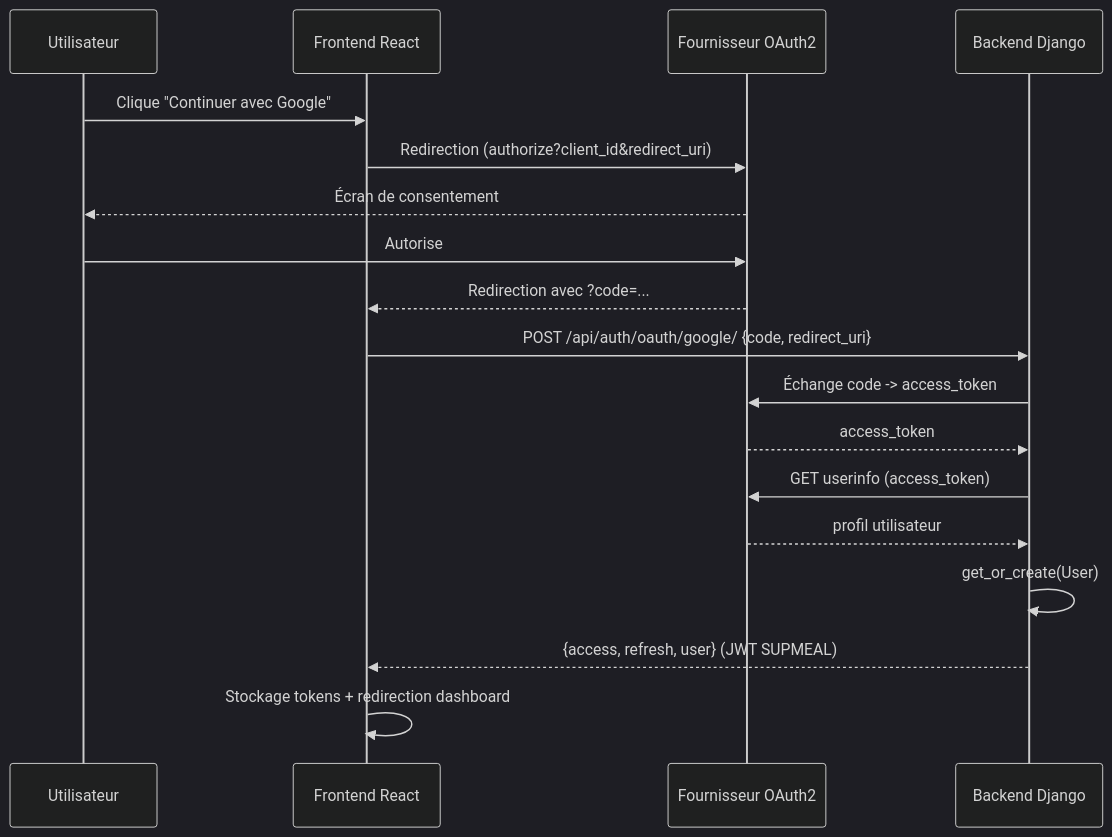
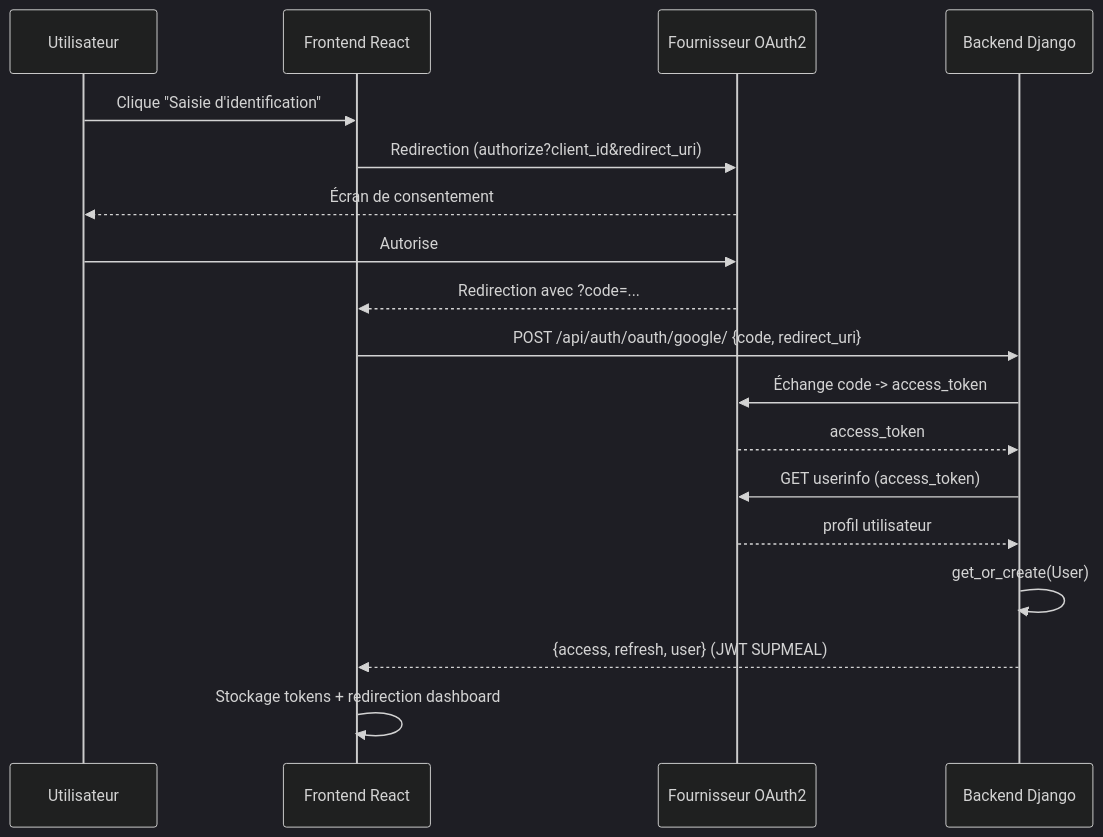
Before and after one commit to seraphingambo697/SUPMAIL: the fourth of 6 diagrams in README.md, drawn with Mermaid (dark theme). The commit also changed 7 other files, not shown here.

Commit message:
Update style form and add mermaid diagram'

````diff
--- a/README.md
+++ b/README.md
@@ -204,21 +204,21 @@
 ```mermaid
 sequenceDiagram
     participant U as Utilisateur
     participant F as Frontend React
     participant P as Fournisseur OAuth2
     participant S as Backend Django
 
-    U->>F: Clique "Continuer avec Google"
+    U->>F: Clique "Saisie d'identification"
     F->>P: Redirection (authorize?client_id&redirect_uri)
     P-->>U: Écran de consentement
     U->>P: Autorise
     P-->>F: Redirection avec ?code=...
     F->>S: POST /api/auth/oauth/google/ {code, redirect_uri}
     S->>P: Échange code -> access_token
     P-->>S: access_token
     S->>P: GET userinfo (access_token)
     P-->>S: profil utilisateur
     S->>S: get_or_create(User)
     S-->>F: {access, refresh, user} (JWT SUPMEAL)
     F->>F: Stockage tokens + redirection dashboard
 ```
````
